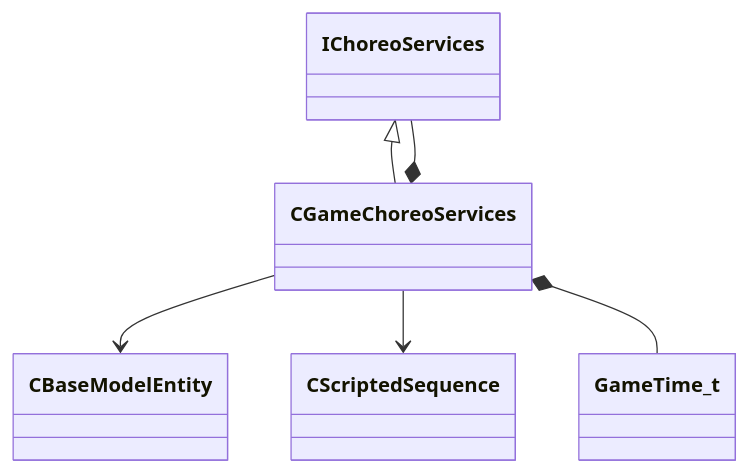
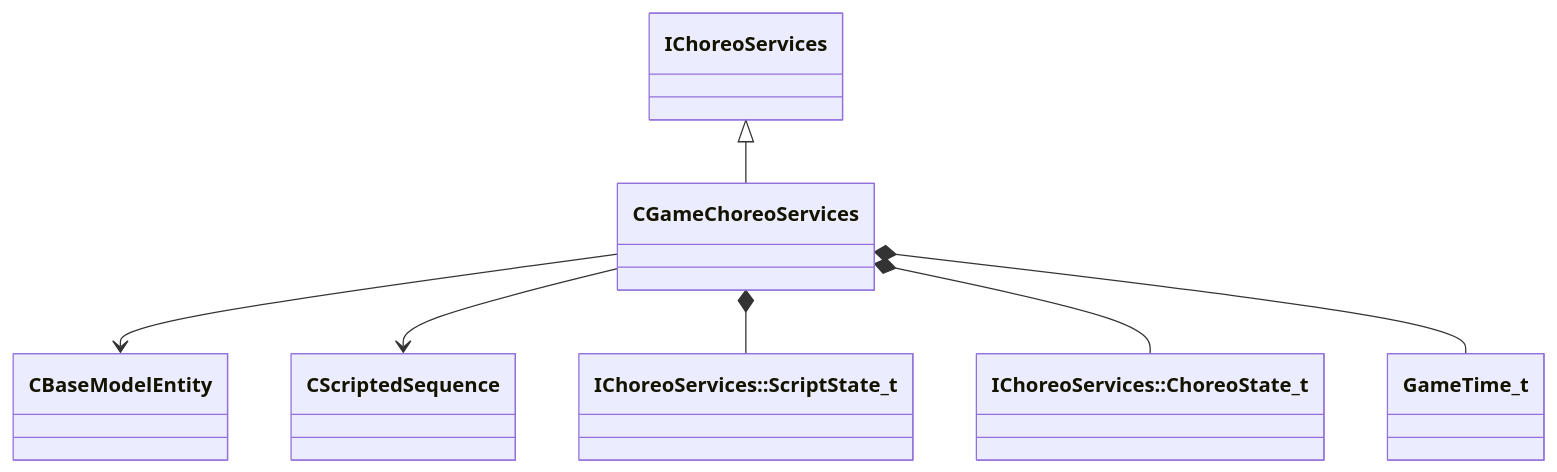
One commit to CS2OpenDev/CS2OpenDev-Docs changed the diagram in docs/generated/schemas/server/CGameChoreoServices.md. Above: the diagram before and after it, drawn with Mermaid. The commit also changed other lines of this file and 4525 other files, not shown here.

````diff
--- a/docs/generated/schemas/server/CGameChoreoServices.md
+++ b/docs/generated/schemas/server/CGameChoreoServices.md
@@ -17,8 +19,9 @@
 ```mermaid
 classDiagram
     IChoreoServices <|-- CGameChoreoServices
     CGameChoreoServices --> CBaseModelEntity
     CGameChoreoServices --> CScriptedSequence
-    CGameChoreoServices *-- IChoreoServices
+    CGameChoreoServices *-- `IChoreoServices::ScriptState_t`
+    CGameChoreoServices *-- `IChoreoServices::ChoreoState_t`
     CGameChoreoServices *-- GameTime_t
 ```
````
